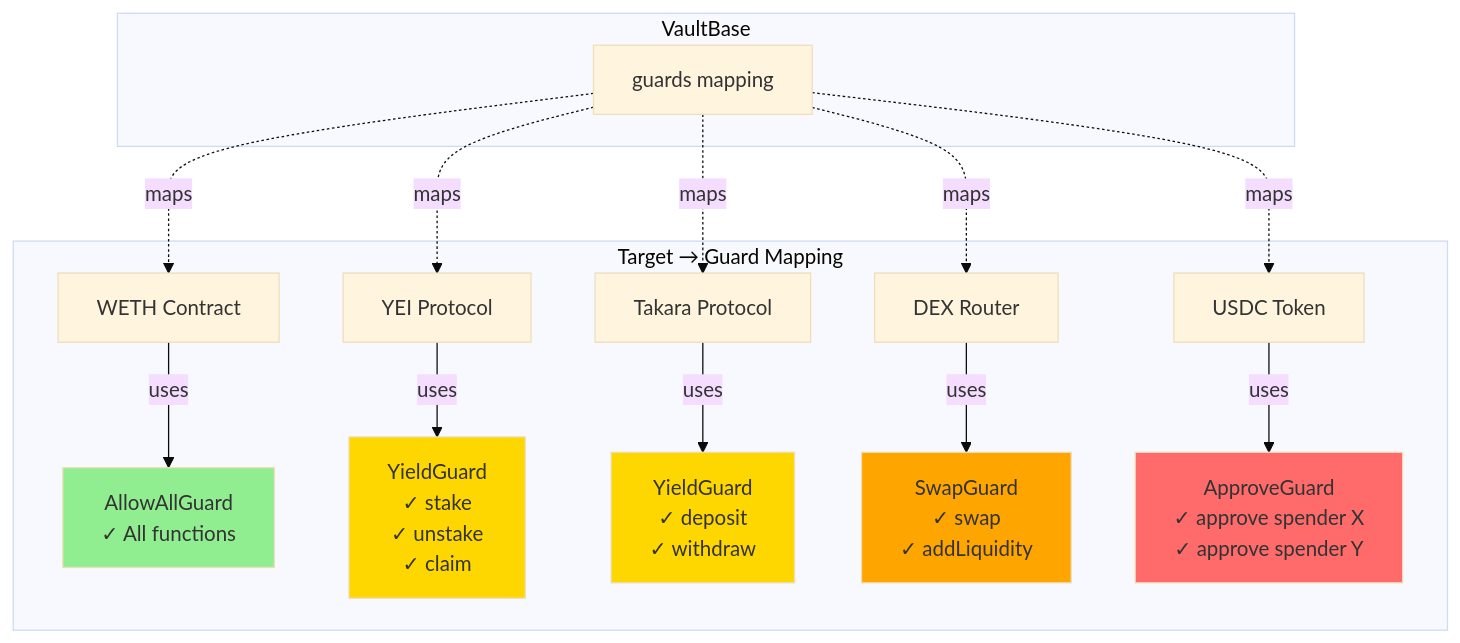
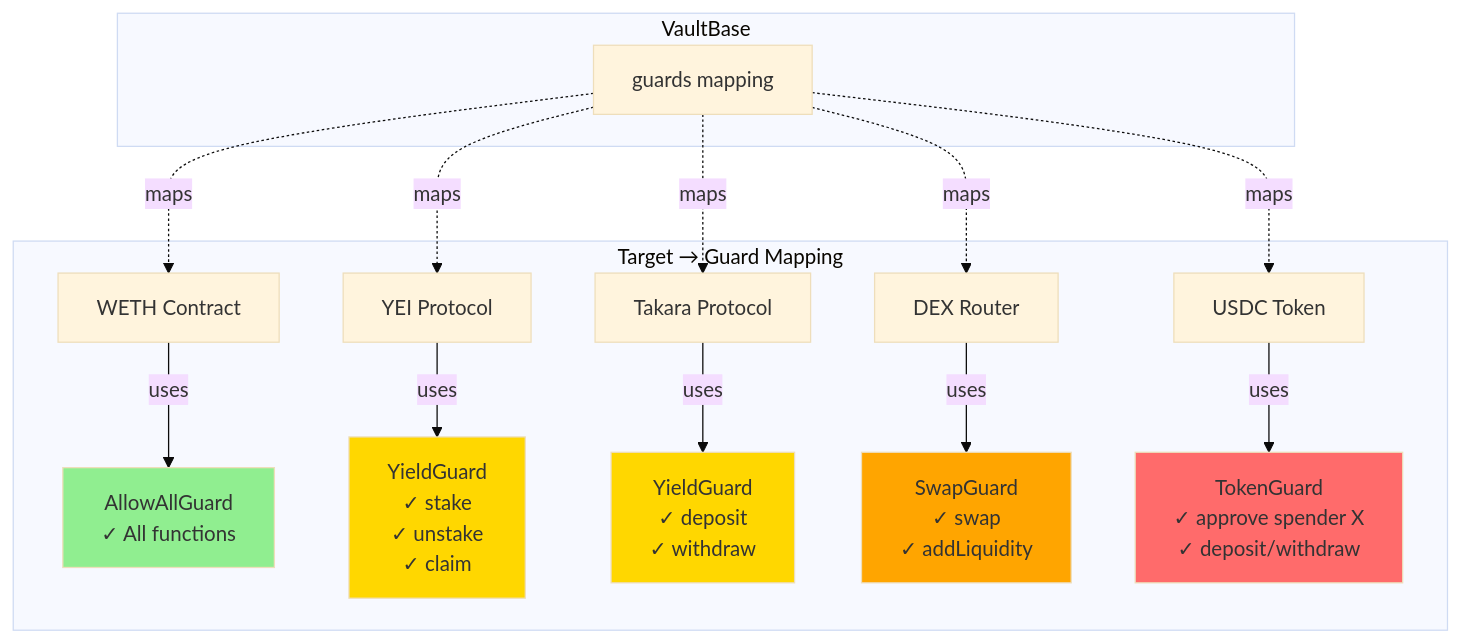
Before and after one commit to elitraOS/elitra-core: the third of 6 diagrams in specs/manage-security.md, drawn with Mermaid (base theme). The commit also changed other lines of this file and 10 other files, not shown here.

````diff
--- a/specs/manage-security.md
+++ b/specs/manage-security.md
@@ -136,38 +136,38 @@
 ```mermaid
 graph TB
     subgraph VaultBase
         VM[guards mapping]
     end
 
     subgraph "Target → Guard Mapping"
         T1[WETH Contract]
         T2[YEI Protocol]
         T3[Takara Protocol]
         T4[DEX Router]
         T5[USDC Token]
 
         G1[AllowAllGuard<br/>✓ All functions]
         G2[YieldGuard<br/>✓ stake<br/>✓ unstake<br/>✓ claim]
         G3[YieldGuard<br/>✓ deposit<br/>✓ withdraw]
         G4[SwapGuard<br/>✓ swap<br/>✓ addLiquidity]
-        G5[ApproveGuard<br/>✓ approve spender X<br/>✓ approve spender Y]
+        G5[TokenGuard<br/>✓ approve spender X<br/>✓ deposit/withdraw]
     end
 
     VM -.->|maps| T1
     VM -.->|maps| T2
     VM -.->|maps| T3
     VM -.->|maps| T4
     VM -.->|maps| T5
 
     T1 -->|uses| G1
     T2 -->|uses| G2
     T3 -->|uses| G3
     T4 -->|uses| G4
     T5 -->|uses| G5
 
     style G1 fill:#90EE90
     style G2 fill:#FFD700
     style G3 fill:#FFD700
     style G4 fill:#FFA500
     style G5 fill:#FF6B6B
 ```
````
